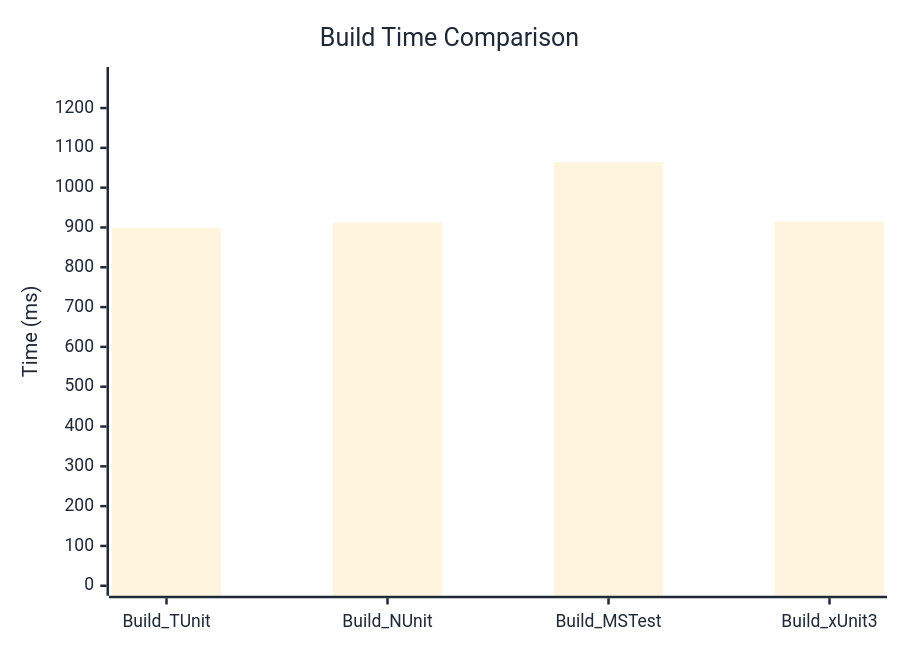
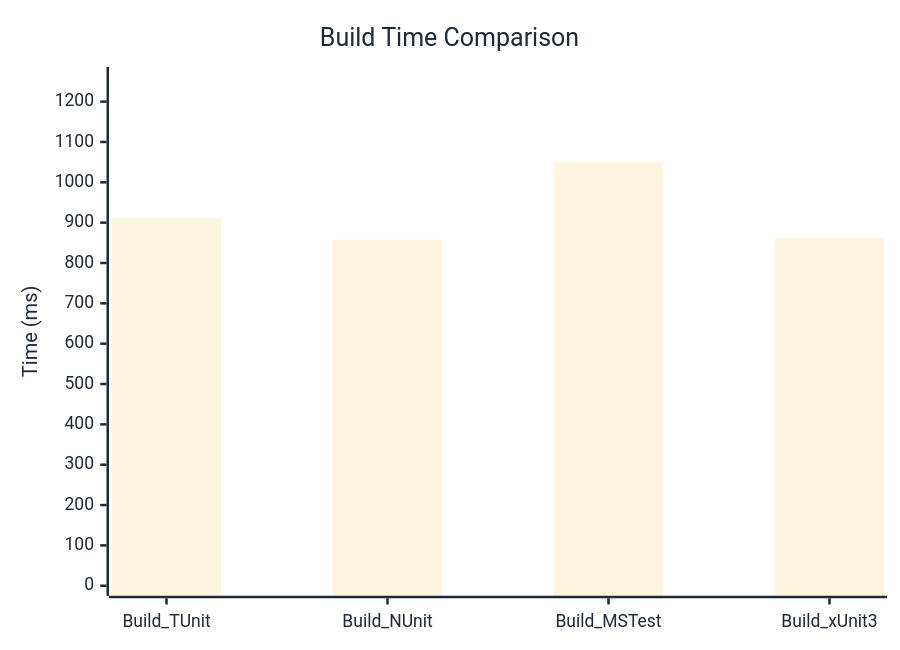
Before and after one commit to thomhurst/TUnit: the diagram in docs/docs/benchmarks/BuildTime.md, drawn with Mermaid. The commit also changed other lines of this file and 17 other files, not shown here.

````diff
--- a/docs/docs/benchmarks/BuildTime.md
+++ b/docs/docs/benchmarks/BuildTime.md
@@ -28,37 +28,37 @@
 ```mermaid
 %%{init: {
   'theme':'base',
   'themeVariables': {
     'primaryColor': '#2563eb',
     'primaryTextColor': '#1f2937',
     'primaryBorderColor': '#1e40af',
     'lineColor': '#6b7280',
     'secondaryColor': '#7c3aed',
     'tertiaryColor': '#dc2626',
     'background': '#ffffff',
     'mainBkg': '#2563eb',
     'secondBkg': '#7c3aed',
     'tertiaryBkg': '#dc2626',
     'clusterBkg': '#f3f4f6',
     'edgeLabelBackground': '#ffffff',
     'tertiaryTextColor': '#1f2937',
     'pie1': '#2563eb',
     'pie2': '#7c3aed',
     'pie3': '#dc2626',
     'pie4': '#f59e0b',
     'pie5': '#10b981',
     'pie6': '#06b6d4',
     'pie7': '#ec4899',
     'pie8': '#6366f1',
     'pie9': '#84cc16',
     'pie10': '#f97316',
     'pie11': '#14b8a6',
     'pie12': '#a855f7'
   }
 }}%%
 xychart-beta
   title "Build Time Comparison"
   x-axis ["Build_TUnit", "Build_NUnit", "Build_MSTest", "Build_xUnit3"]
-  y-axis "Time (ms)" 0 --> 1278
-  bar [898.5, 912.2, 1064.7, 914.8]
+  y-axis "Time (ms)" 0 --> 1261
+  bar [912.2, 857.6, 1050.7, 861.9]
 ```
````
